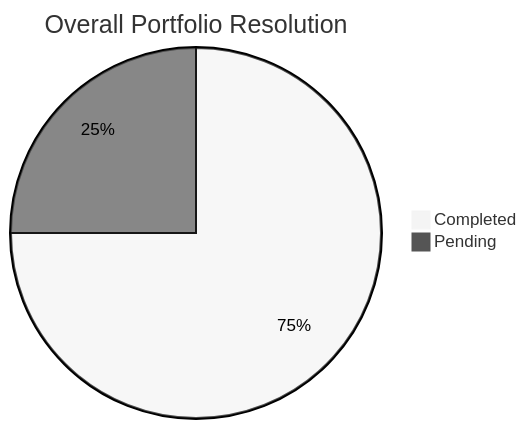
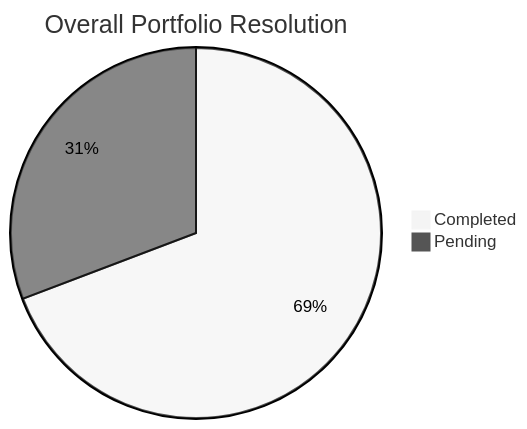
The diagram in Global_Summary.md (sagarms97/MyWorkDairy), drawn with Mermaid (neutral theme) before and after one commit. The commit also changed other lines of this file and 5 other files, not shown here.

````diff
--- a/Global_Summary.md
+++ b/Global_Summary.md
@@ -12,5 +12,5 @@
 ```mermaid
 pie title Overall Portfolio Resolution
-    "Completed" : 15
-    "Pending" : 5
+    "Completed" : 18
+    "Pending" : 8
 ```
````
